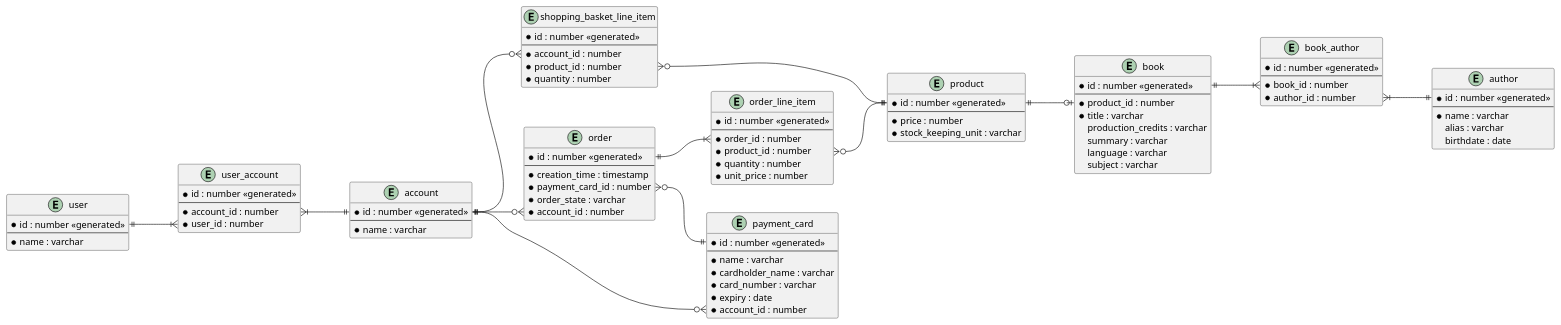
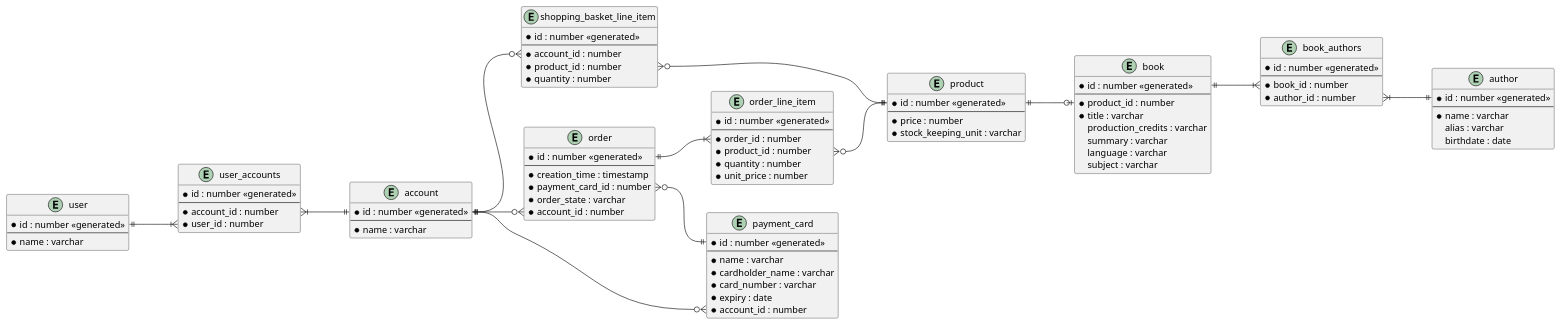
One commit to dtmo/bookshop changed the diagram in docs/design/book_shop_relational_schema_diagram.plantuml. Above: the diagram before and after it, drawn with PlantUML. The commit also changed 2 other files, not shown here.

Commit message:
wip: relational schema updates

```diff
--- a/docs/design/book_shop_relational_schema_diagram.plantuml
+++ b/docs/design/book_shop_relational_schema_diagram.plantuml
@@ -1,106 +1,106 @@
 @startuml
 
 left to right direction
 
 entity user {
     * id : number <<generated>>
     --
     * name : varchar
 }
 
 entity account {
     * id : number <<generated>>
     --
     * name : varchar
 }
 
-entity user_account {
+entity user_accounts {
     * id : number <<generated>>
     --
     * account_id : number
     * user_id : number
 }
 
 entity product {
     * id : number <<generated>>
     --
     * price : number
     * stock_keeping_unit : varchar
 }
 
 entity shopping_basket_line_item {
     * id : number <<generated>>
     --
     * account_id : number
     * product_id : number
     * quantity : number
 }
 
 entity payment_card {
     * id : number <<generated>>
     --
     * name : varchar
     * cardholder_name : varchar
     * card_number : varchar
     * expiry : date
     * account_id : number
 }
 
 entity order {
     * id : number <<generated>>
     --
     * creation_time : timestamp
     * payment_card_id : number
     * order_state : varchar
     * account_id : number
 }
 
 entity order_line_item {
     * id : number <<generated>>
     --
     * order_id : number
     * product_id : number
     * quantity : number
     * unit_price : number
 }
 
 entity author {
     * id : number <<generated>>
     --
     * name : varchar
     alias : varchar
     birthdate : date
 }
 
 entity book {
     * id : number <<generated>>
     --
     * product_id : number
     * title : varchar
     production_credits : varchar
     summary : varchar
     language : varchar
     subject : varchar
 }
 
-entity book_author {
+entity book_authors {
     * id : number <<generated>>
     --
     * book_id : number
     * author_id : number
 }
 
-user::id ||--|{ user_account::user_id
-user_account::account_id }|--|| account::id
+user::id ||--|{ user_accounts::user_id
+user_accounts::account_id }|--|| account::id
 account::id ||--o{ shopping_basket_line_item::account_id
 shopping_basket_line_item::product_id }o--|| product::id
 account::id ||--o{ payment_card::account_id
 account::id ||--o{ order::account_id
 order::id ||--|{ order_line_item::order_id
 order::payment_card_id }o--|| payment_card::id
 order_line_item::product_id }o--|| product::id
 product::id ||--o| book::product_id
-book::id ||--|{ book_author::book_id
-book_author::author_id }|--|| author::id
+book::id ||--|{ book_authors::book_id
+book_authors::author_id }|--|| author::id
 
 @enduml
```
